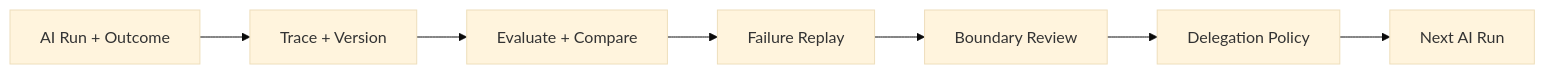
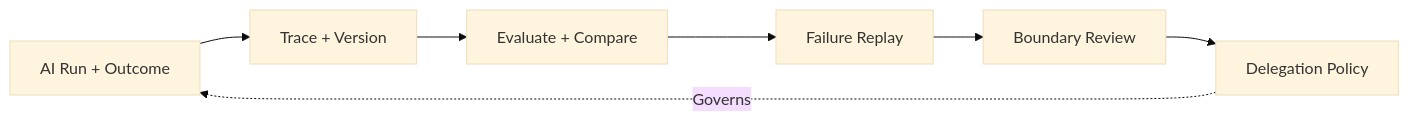
Before and after one commit to mols3131d/hmda-data-reliability: the third of 3 diagrams in docs/VISION.md, drawn with Mermaid (base theme).

Commit message:
docs: close vision llmops feedback loop

````diff
--- a/docs/VISION.md
+++ b/docs/VISION.md
@@ -95,9 +95,9 @@
 ```mermaid
 flowchart LR
     run["AI Run + Outcome"] --> trace["Trace + Version"]
     trace --> evaluate["Evaluate + Compare"]
     evaluate --> replay["Failure Replay"]
     replay --> review["Boundary Review"]
     review --> policy["Delegation Policy"]
-    policy --> next["Next AI Run"]
+    policy -. Governs .-> run
 ```
````
